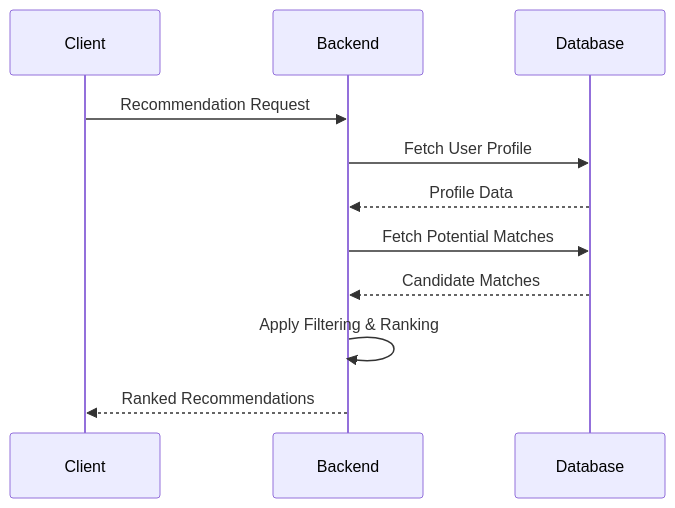
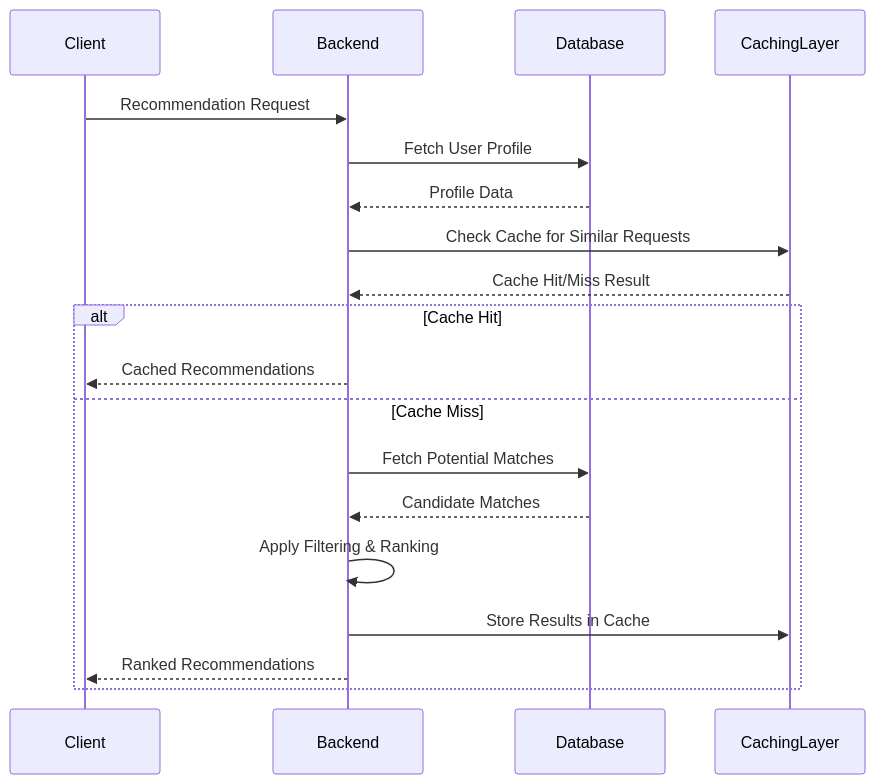
One commit to Tapas15/Lamma_recommender changed the third of 7 diagrams in memory-bank/systemPatterns.md. Above: the diagram before and after it, drawn with Mermaid. The commit also changed other lines of this file and 4 other files, not shown here.

````diff
--- a/memory-bank/systemPatterns.md
+++ b/memory-bank/systemPatterns.md
@@ -73,10 +95,17 @@
 ```mermaid
 sequenceDiagram
     Client->>Backend: Recommendation Request
     Backend->>Database: Fetch User Profile
     Database-->>Backend: Profile Data
-    Backend->>Database: Fetch Potential Matches
-    Database-->>Backend: Candidate Matches
-    Backend->>Backend: Apply Filtering & Ranking
-    Backend-->>Client: Ranked Recommendations
+    Backend->>CachingLayer: Check Cache for Similar Requests
+    CachingLayer-->>Backend: Cache Hit/Miss Result
+    alt Cache Hit
+        Backend-->>Client: Cached Recommendations
+    else Cache Miss
+        Backend->>Database: Fetch Potential Matches
+        Database-->>Backend: Candidate Matches
+        Backend->>Backend: Apply Filtering & Ranking
+        Backend->>CachingLayer: Store Results in Cache
+        Backend-->>Client: Ranked Recommendations
+    end
 ```
````
